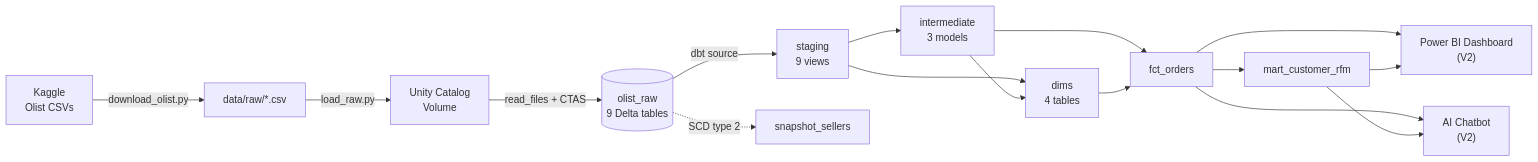
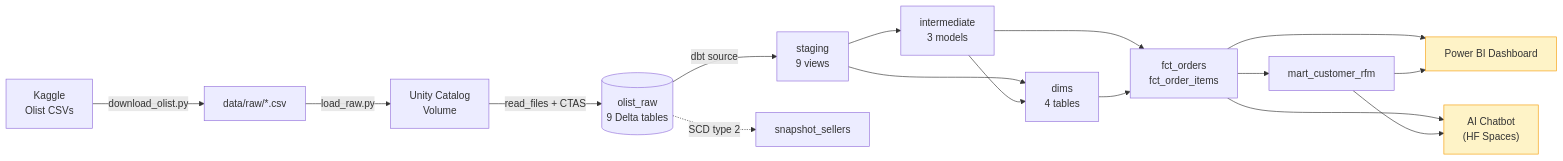
One commit to pabloj93/olist-analytics changed the diagram in README.md. Above: the diagram before and after it, drawn with Mermaid. The commit also changed other lines of this file, not shown here.

````diff
--- a/README.md
+++ b/README.md
@@ -27,22 +46,25 @@
 ```mermaid
 flowchart LR
     K["Kaggle<br/>Olist CSVs"]
         -->|download_olist.py| L["data/raw/*.csv"]
     L -->|load_raw.py| V["Unity Catalog<br/>Volume"]
     V -->|read_files + CTAS| R[("olist_raw<br/>9 Delta tables")]
 
     R -->|dbt source| S["staging<br/>9 views"]
     S --> I["intermediate<br/>3 models"]
     S --> D["dims<br/>4 tables"]
     I --> D
-    I --> F["fct_orders"]
+    I --> F["fct_orders<br/>fct_order_items"]
     D --> F
     F --> M["mart_customer_rfm"]
 
     R -.->|SCD type 2| SN["snapshot_sellers"]
 
-    F --> PBI["Power BI Dashboard<br/>(V2)"]
+    F --> PBI["Power BI Dashboard"]
     M --> PBI
-    F --> BOT["AI Chatbot<br/>(V2)"]
+    F --> BOT["AI Chatbot<br/>(HF Spaces)"]
     M --> BOT
+
+    classDef ext fill:#fef3c7,stroke:#f59e0b
+    class PBI,BOT ext
 ```
````
